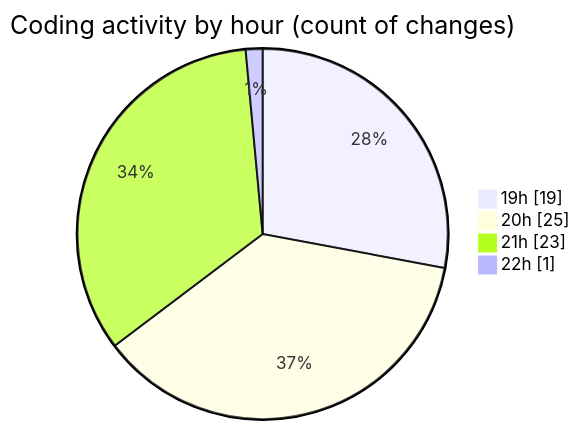
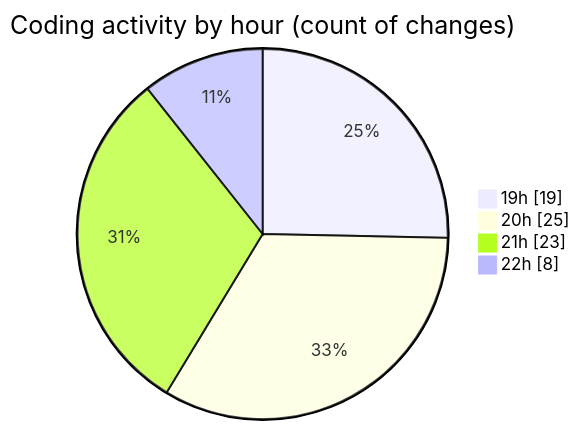
The second of 2 diagrams in 2025-05-12/news-clock-system-caspercg/README.md (momahboobian/code-tracking), drawn with Mermaid before and after one commit. The commit also changed other lines of this file and 1 other file, not shown here.

````diff
--- a/2025-05-12/news-clock-system-caspercg/README.md
+++ b/2025-05-12/news-clock-system-caspercg/README.md
@@ -44,8 +44,8 @@
 ```mermaid
 pie showData
 title Coding activity by hour (count of changes)
 "19h" : 19
 "20h" : 25
 "21h" : 23
-"22h" : 1
+"22h" : 8
 ```
````
